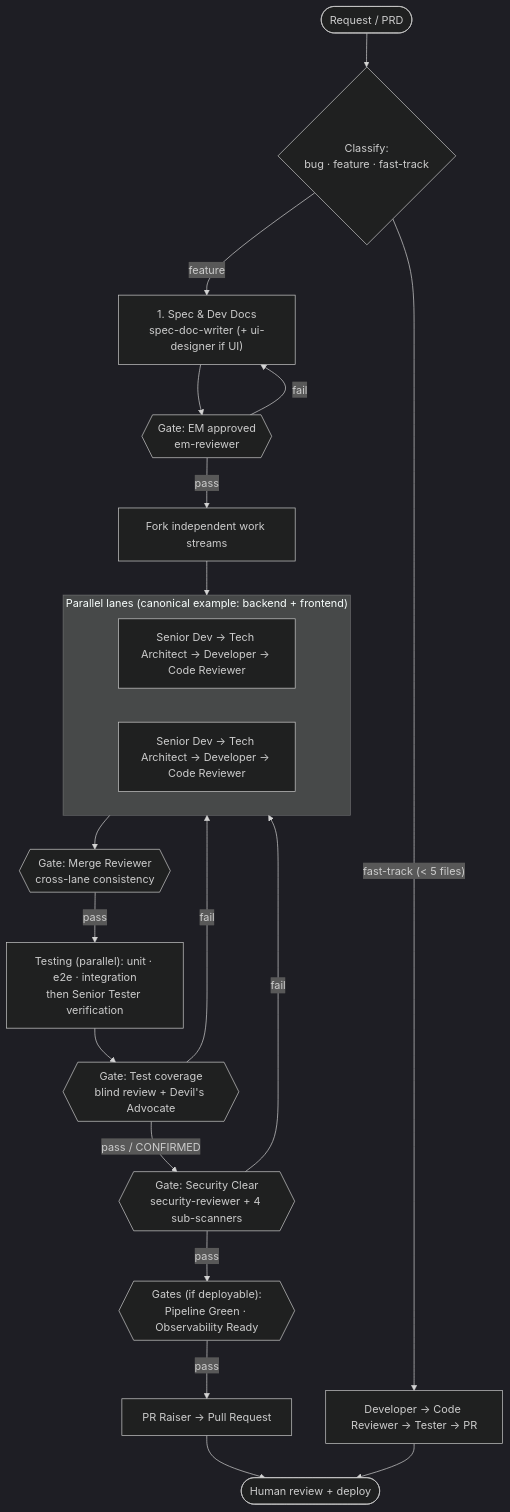
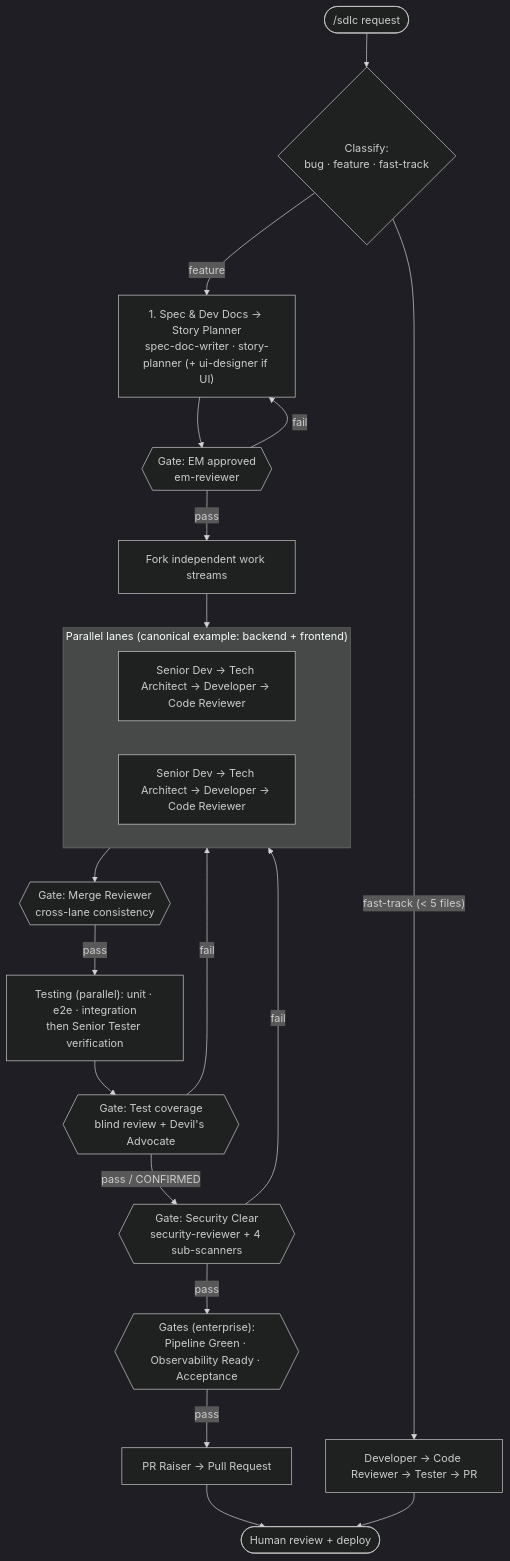
Before and after one commit to ajyadav013/claude-kit: the third of 4 diagrams in docs/architecture.md, drawn with Mermaid (dark theme). The commit also changed other lines of this file and 140 other files, not shown here.

````diff
--- a/docs/architecture.md
+++ b/docs/architecture.md
@@ -47,31 +84,31 @@
 ```mermaid
 flowchart TD
-    REQ(["Request / PRD"]) --> CLS{"Classify:<br/>bug · feature · fast-track"}
+    REQ(["/sdlc request"]) --> CLS{"Classify:<br/>bug · feature · fast-track"}
 
-    CLS -->|"feature"| SPEC["1. Spec & Dev Docs<br/>spec-doc-writer (+ ui-designer if UI)"]
+    CLS -->|"feature"| SPEC["1. Spec & Dev Docs → Story Planner<br/>spec-doc-writer · story-planner (+ ui-designer if UI)"]
     SPEC --> EM{{"Gate: EM approved<br/>em-reviewer"}}
 
     EM -->|"pass"| FORK["Fork independent work streams"]
     subgraph LANES["Parallel lanes (canonical example: backend + frontend)"]
         direction LR
         L1["Senior Dev → Tech Architect → Developer → Code Reviewer"]
         L2["Senior Dev → Tech Architect → Developer → Code Reviewer"]
     end
     FORK --> LANES
     LANES --> MR1{{"Gate: Merge Reviewer<br/>cross-lane consistency"}}
 
     MR1 -->|"pass"| TEST["Testing (parallel): unit · e2e · integration<br/>then Senior Tester verification"]
     TEST --> TCG{{"Gate: Test coverage<br/>blind review + Devil's Advocate"}}
 
     TCG -->|"pass / CONFIRMED"| SEC{{"Gate: Security Clear<br/>security-reviewer + 4 sub-scanners"}}
-    SEC -->|"pass"| OPS{{"Gates (if deployable):<br/>Pipeline Green · Observability Ready"}}
+    SEC -->|"pass"| OPS{{"Gates (enterprise):<br/>Pipeline Green · Observability Ready · Acceptance"}}
     OPS -->|"pass"| PR["PR Raiser → Pull Request"]
     PR --> HUMAN(["Human review + deploy"])
 
     CLS -->|"fast-track (< 5 files)"| FT["Developer → Code Reviewer → Tester → PR"]
     FT --> HUMAN
 
     EM -->|"fail"| SPEC
     TCG -->|"fail"| LANES
     SEC -->|"fail"| LANES
 ```
````
